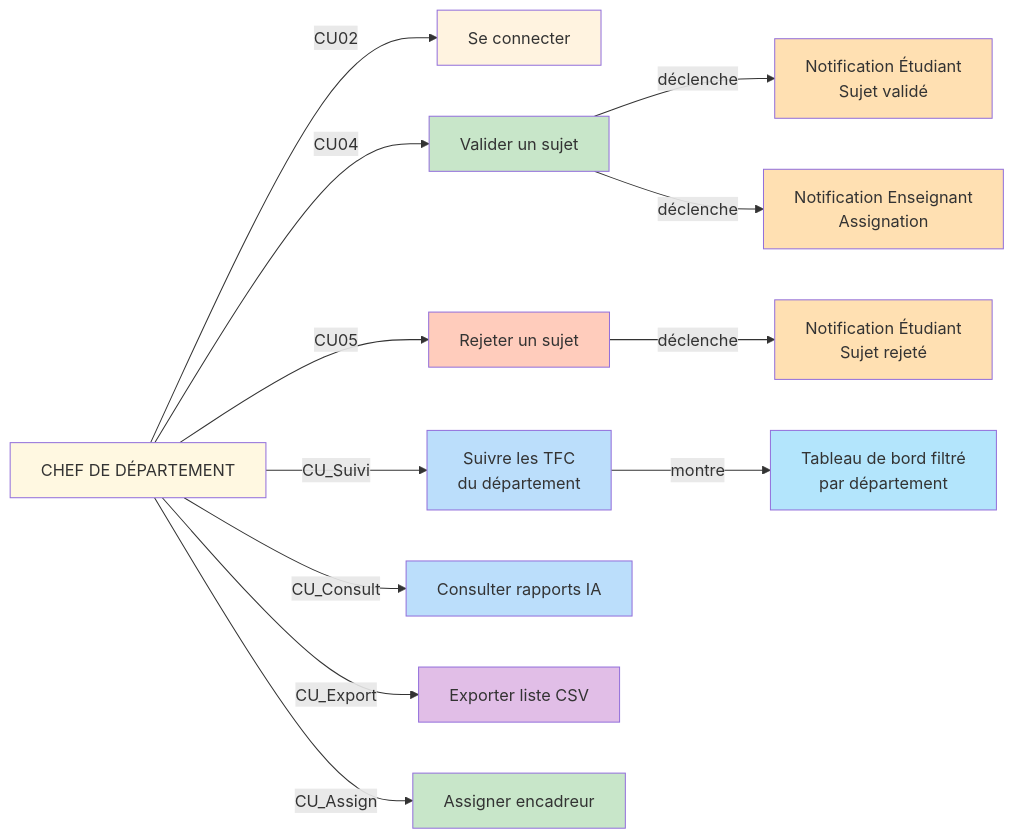
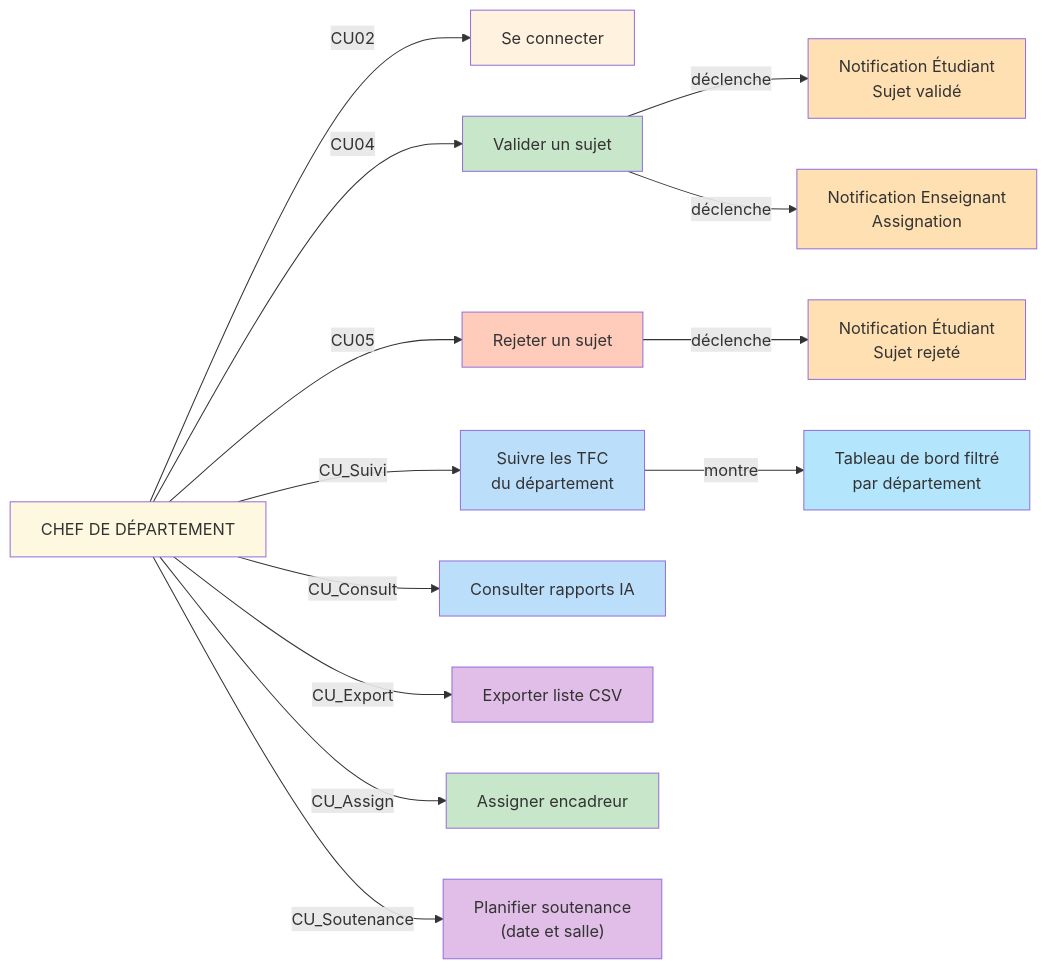
Before and after one commit to DavidMwangaza/TFC-Manager: the fourth of 14 diagrams in DIAGRAMMES-DESCRIPTIONS.md, drawn with Mermaid. The commit also changed other lines of this file and 34 other files, not shown here.

````diff
--- a/DIAGRAMMES-DESCRIPTIONS.md
+++ b/DIAGRAMMES-DESCRIPTIONS.md
@@ -214,30 +220,32 @@
 ```mermaid
 graph LR
     Actor["CHEF DE DÉPARTEMENT"]
     
     Actor -->|CU02| Connexion["Se connecter"]
     Actor -->|CU04| Valider["Valider un sujet"]
     Actor -->|CU05| Rejeter["Rejeter un sujet"]
     Actor -->|CU_Suivi| Suivre["Suivre les TFC<br/>du département"]
     Actor -->|CU_Consult| TousRapports["Consulter rapports IA"]
     Actor -->|CU_Export| Export["Exporter liste CSV"]
     Actor -->|CU_Assign| Assigner["Assigner encadreur"]
+    Actor -->|CU_Soutenance| Planifier["Planifier soutenance\n(date et salle)"]
     
     Valider -->|déclenche| NotifEtu["Notification Étudiant<br/>Sujet validé"]
     Valider -->|déclenche| NotifEnseignant["Notification Enseignant<br/>Assignation"]
     Rejeter -->|déclenche| NotifRejet["Notification Étudiant<br/>Sujet rejeté"]
     Suivre -->|montre| TableauBord["Tableau de bord filtré<br/>par département"]
     
     style Actor fill:#fff8e1
     style Connexion fill:#fff3e0
     style Valider fill:#c8e6c9
     style Rejeter fill:#ffccbc
     style Suivre fill:#bbdefb
     style TousRapports fill:#bbdefb
     style Export fill:#e1bee7
+    style Planifier fill:#e1bee7
     style Assigner fill:#c8e6c9
     style NotifEtu fill:#ffe0b2
     style NotifEnseignant fill:#ffe0b2
     style NotifRejet fill:#ffe0b2
     style TableauBord fill:#b3e5fc
 ```
````
